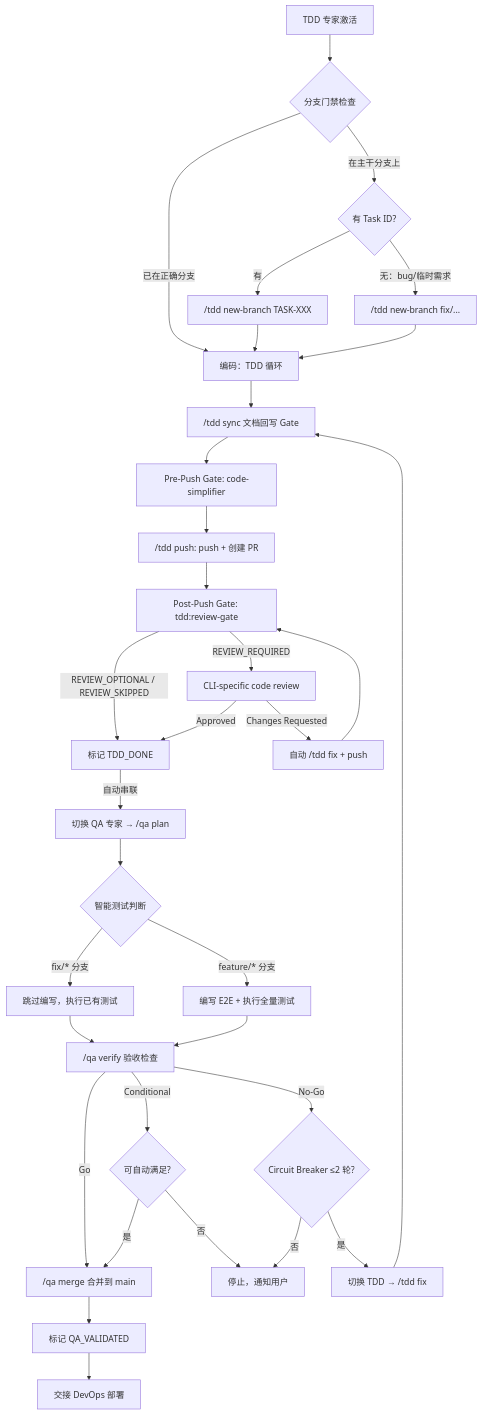
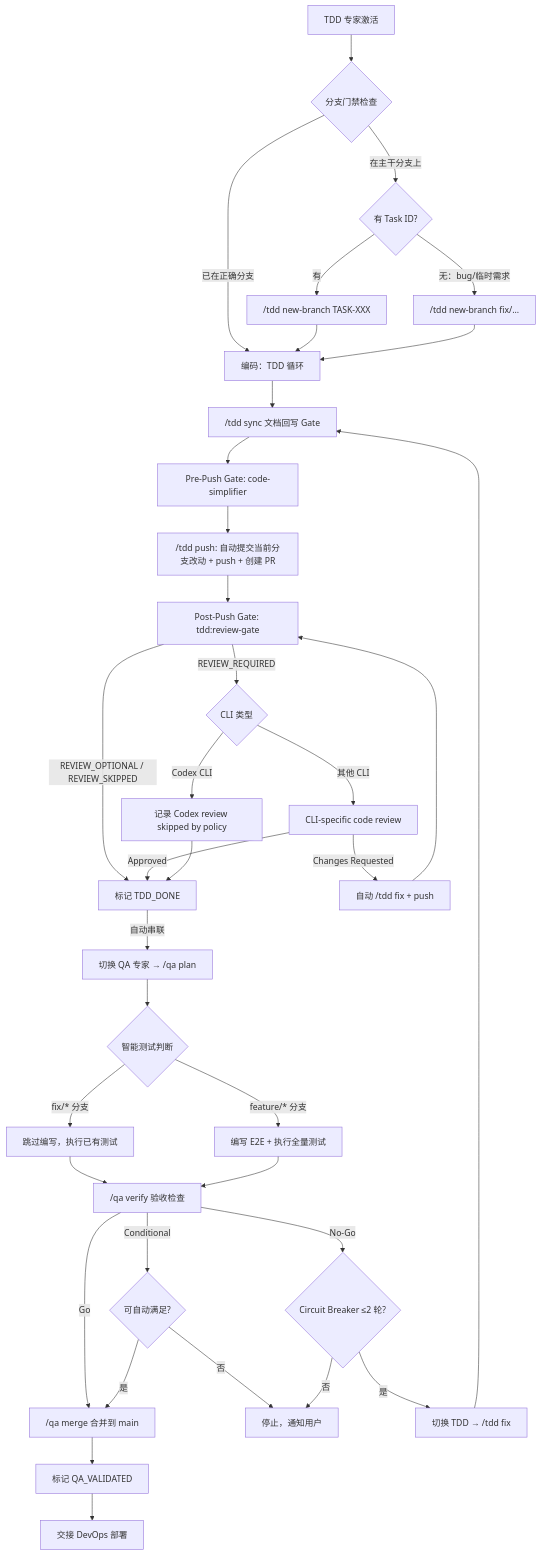
Before and after one commit to hollisyao2024/PromptsEngineering: the diagram in AgentRoles/Handbooks/TDD-PROGRAMMING-EXPERT.playbook.md, drawn with Mermaid. The commit also changed other lines of this file and 7 other files, not shown here.

Commit message:
feat: review gate policy

````diff
--- a/AgentRoles/Handbooks/TDD-PROGRAMMING-EXPERT.playbook.md
+++ b/AgentRoles/Handbooks/TDD-PROGRAMMING-EXPERT.playbook.md
@@ -194,35 +196,38 @@
 ```mermaid
 flowchart TD
     A[TDD 专家激活] --> B{分支门禁检查}
     B -->|在主干分支上| C{有 Task ID?}
     B -->|已在正确分支| F[编码：TDD 循环]
     C -->|有| D["/tdd new-branch TASK-XXX"]
     C -->|无：bug/临时需求| E["/tdd new-branch fix/..."]
     D --> F
     E --> F
     F --> G["/tdd sync 文档回写 Gate"]
     G --> G2["Pre-Push Gate: code-simplifier"]
-    G2 --> H["/tdd push: push + 创建 PR"]
+    G2 --> H["/tdd push: 自动提交当前分支改动 + push + 创建 PR"]
     H --> H2["Post-Push Gate: tdd:review-gate"]
-    H2 -->|REVIEW_REQUIRED| H3["CLI-specific code review"]
+    H2 -->|REVIEW_REQUIRED| H3{CLI 类型}
     H2 -->|REVIEW_OPTIONAL / REVIEW_SKIPPED| I[标记 TDD_DONE]
-    H3 -->|Approved| I
-    H3 -->|Changes Requested| H4["自动 /tdd fix + push"]
-    H4 --> H2
+    H3 -->|Codex CLI| H4["记录 Codex review skipped by policy"]
+    H3 -->|其他 CLI| H5["CLI-specific code review"]
+    H5 -->|Approved| I
+    H4 --> I
+    H5 -->|Changes Requested| H6["自动 /tdd fix + push"]
+    H6 --> H2
     I -->|自动串联| QA1["切换 QA 专家 → /qa plan"]
     QA1 --> QA2{智能测试判断}
     QA2 -->|fix/* 分支| QA3[跳过编写，执行已有测试]
     QA2 -->|feature/* 分支| QA4[编写 E2E + 执行全量测试]
     QA3 --> QA5["/qa verify 验收检查"]
     QA4 --> QA5
     QA5 -->|Go| QA6["/qa merge 合并到 main"]
     QA5 -->|Conditional| QA7{可自动满足?}
     QA7 -->|是| QA6
     QA7 -->|否| STOP[停止，通知用户]
     QA5 -->|No-Go| QA8{Circuit Breaker ≤2 轮?}
     QA8 -->|是| FIX["切换 TDD → /tdd fix"]
     QA8 -->|否| STOP
     FIX --> G
     QA6 --> QA9[标记 QA_VALIDATED]
     QA9 --> DEPLOY[交接 DevOps 部署]
 ```
````
